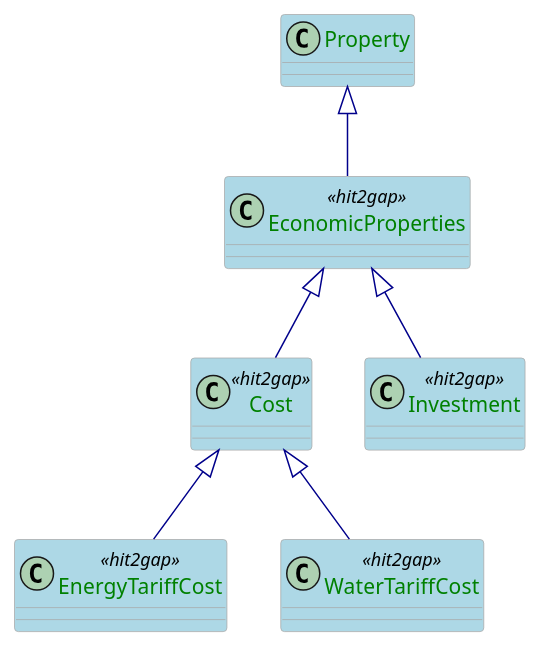
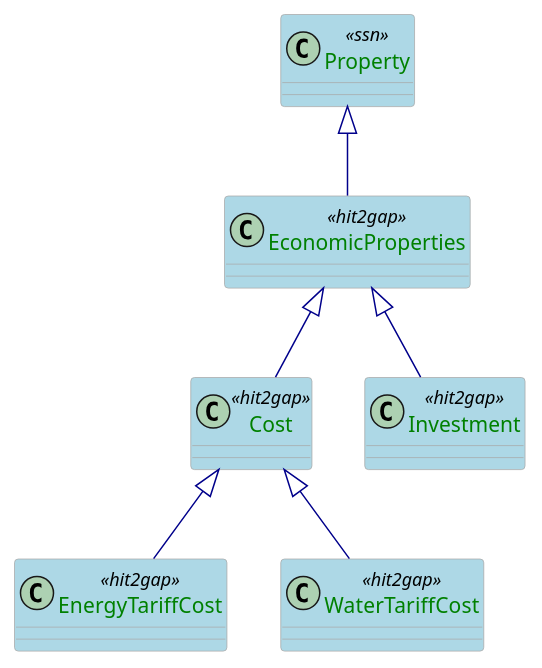
The diagram in docs/plantuml/EconomicProperties.puml (HIT2GAP-EU-PROJECT/BEMOnt), drawn with PlantUML before and after one commit. The commit also changed 6 other files, not shown here.

```diff
--- a/docs/plantuml/EconomicProperties.puml
+++ b/docs/plantuml/EconomicProperties.puml
@@ -1,26 +1,28 @@
 @startuml
 
 skinparam class {
   ArrowColor DarkBlue
   ArrowFontColor DarkBlue
   BackgroundColor LightBlue
   BorderColor DarkGrey
 }
 skinparam stereotypeCBackgroundColor Wheat
 skinparam classAttributeFontColor  Green
+
+class Property <<ssn>>
 
 class EconomicProperties <<hit2gap>>
 
 class Cost <<hit2gap>>
 class Investment <<hit2gap>>
 class EnergyTariffCost <<hit2gap>>
 class WaterTariffCost <<hit2gap>>
 
 Property <|-- EconomicProperties
 
 EconomicProperties <|-- Cost
 EconomicProperties <|-- Investment
 Cost <|-- EnergyTariffCost
 Cost <|-- WaterTariffCost
 
 @enduml
```
